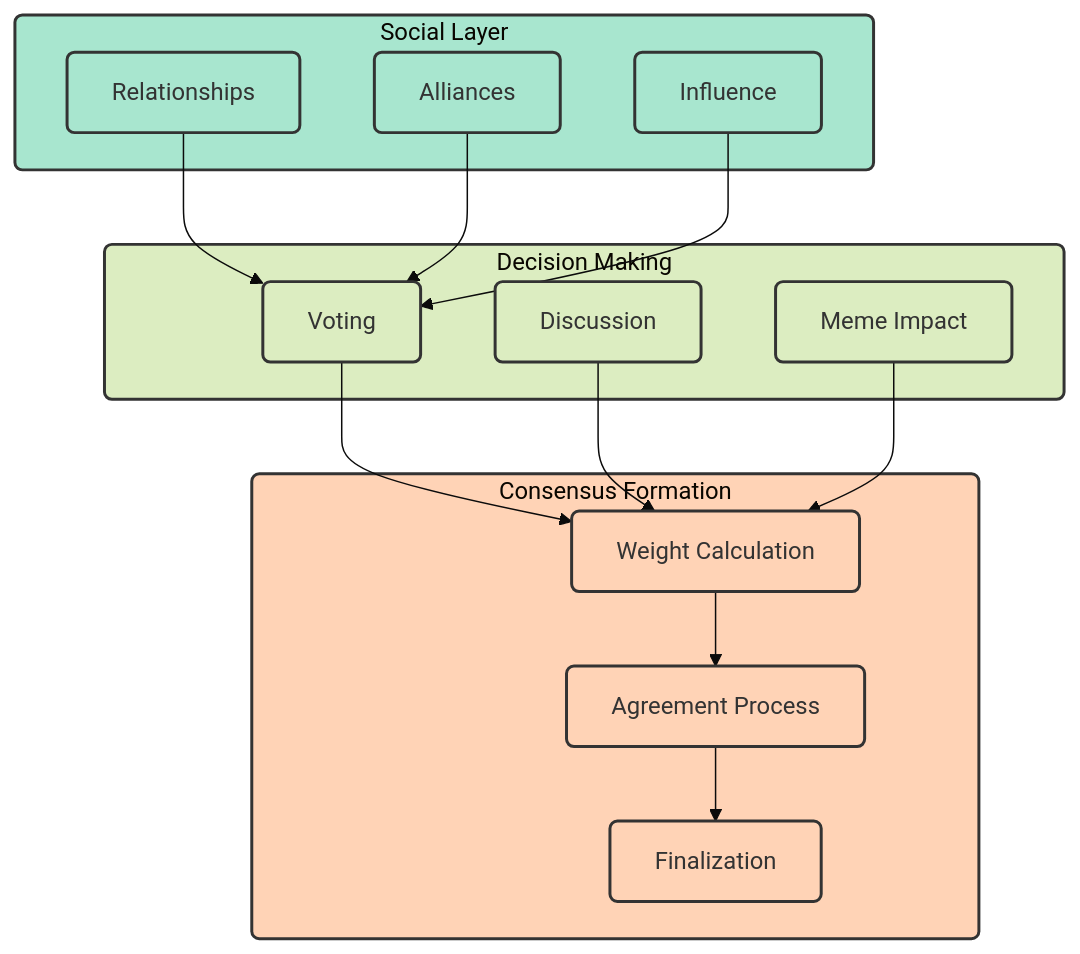
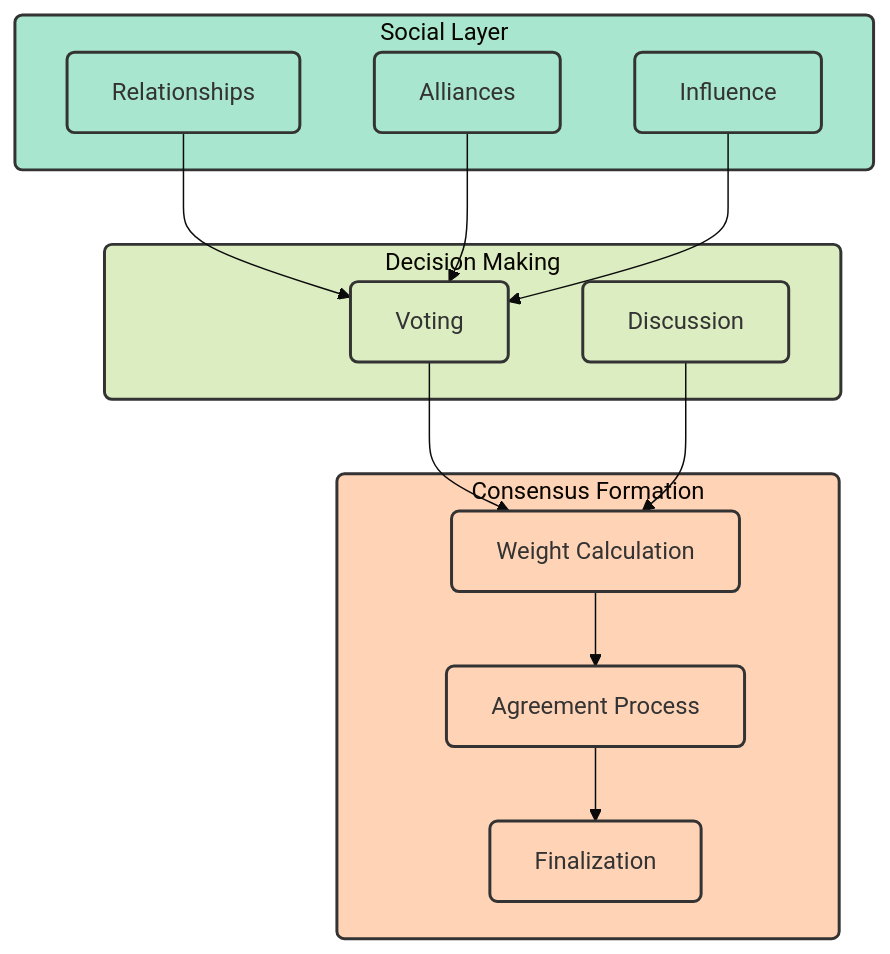
Before and after one commit to SumeetChougule/chaoschain: the sixth of 6 diagrams in docs/introduction/architecture.md, drawn with Mermaid. The commit also changed other lines of this file, not shown here.

Commit message:
Remove all meme-related components from architecture diagrams

````diff
--- a/docs/introduction/architecture.md
+++ b/docs/introduction/architecture.md
@@ -231,39 +225,37 @@
 ```mermaid
 %%{init: {'theme': 'base', 'themeVariables': { 'fontSize': '16px', 'fontFamily': 'arial' }}}%%
 flowchart TB
     subgraph Social["Social Layer"]
         R["Relationships"]
         A["Alliances"]
         I["Influence"]
     end
     
     subgraph Decision["Decision Making"]
         V["Voting"]
         D["Discussion"]
-        M["Meme Impact"]
     end
     
     subgraph Formation["Consensus Formation"]
         W["Weight Calculation"]
         AG["Agreement Process"]
         F["Finalization"]
     end
     
     R --> V
     A --> V
     I --> V
     V --> W
     D --> W
-    M --> W
     W --> AG
     AG --> F
     
     classDef default fill:#f8f9fa,stroke:#333,stroke-width:2px,rx:5,ry:5
     classDef social fill:#a8e6cf,stroke:#333,stroke-width:2px,rx:5,ry:5
     classDef decision fill:#dcedc1,stroke:#333,stroke-width:2px,rx:5,ry:5
     classDef formation fill:#ffd3b6,stroke:#333,stroke-width:2px,rx:5,ry:5
     
     class R,A,I,Social social
-    class V,D,M,Decision decision
+    class V,D,Decision decision
     class W,AG,F,Formation formation
 ``` 
````
